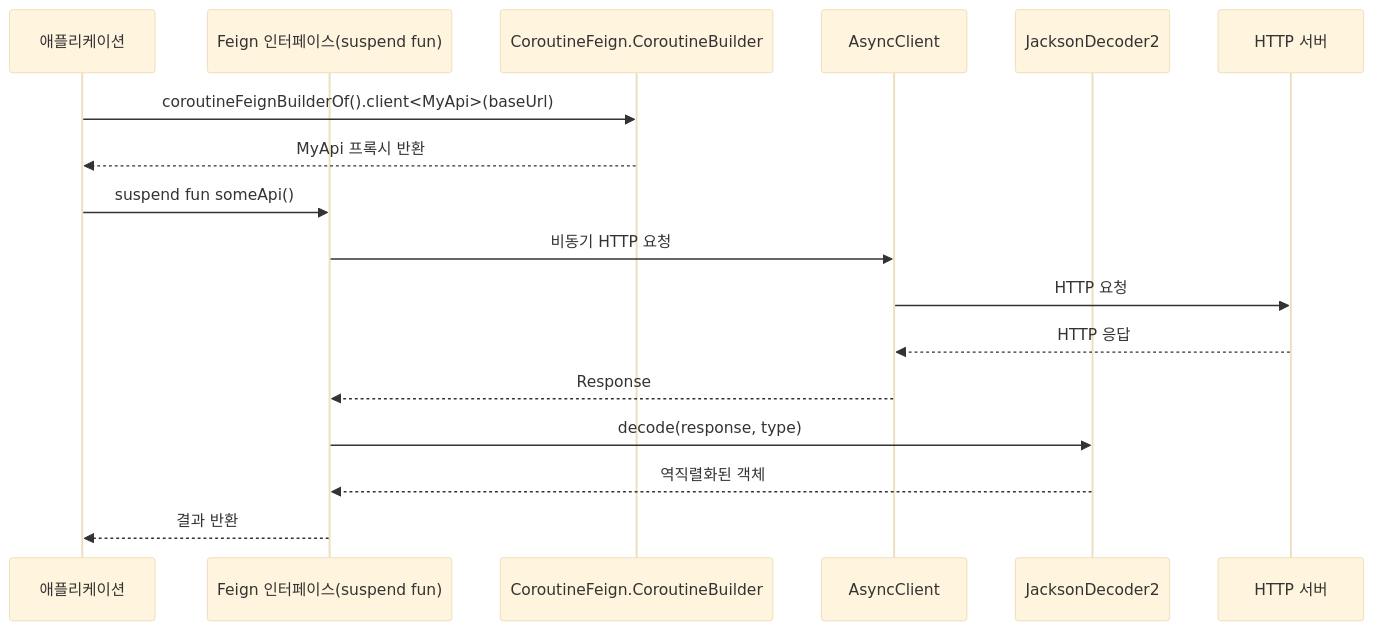
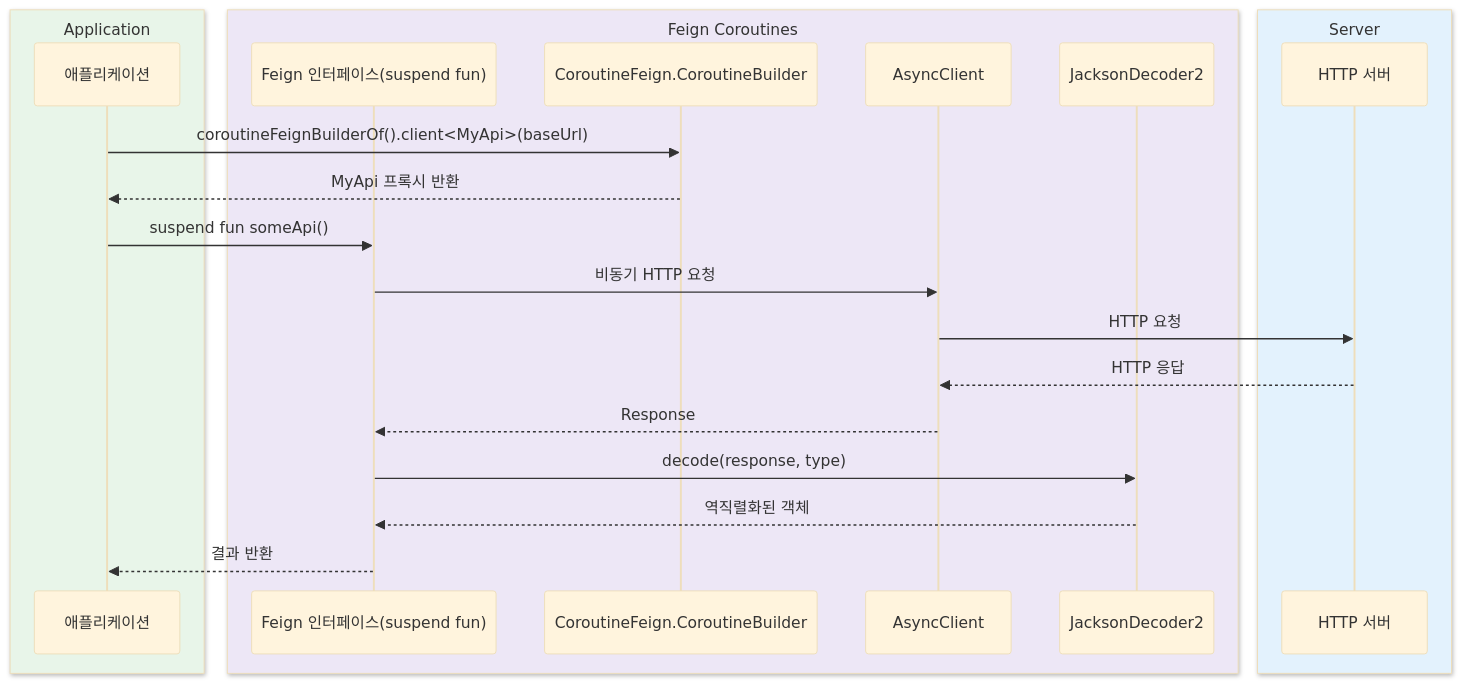
One commit to bluetape4k/bluetape4k-projects changed the fourth of 4 diagrams in io/feign/README.ko.md. Above: the diagram before and after it, drawn with Mermaid (base theme). The commit also changed other lines of this file and 221 other files, not shown here.

First line of the commit message:
docs: 전체 모듈 README UML 다이어그램 보강 및 색상 업그레이드

````diff
--- a/io/feign/README.ko.md
+++ b/io/feign/README.ko.md
@@ -143,21 +171,27 @@
 ```mermaid
 sequenceDiagram
-    participant App as 애플리케이션
-    participant API as Feign 인터페이스(suspend fun)
-    participant CB as CoroutineFeign.CoroutineBuilder
-    participant AC as AsyncClient
-    participant Codec as JacksonDecoder2
-    participant Server as HTTP 서버
+    box rgb(232, 245, 233) Application
+        participant App as 애플리케이션
+    end
+    box rgb(237, 231, 246) Feign Coroutines
+        participant API as Feign 인터페이스(suspend fun)
+        participant CB as CoroutineFeign.CoroutineBuilder
+        participant AC as AsyncClient
+        participant Codec as JacksonDecoder2
+    end
+    box rgb(227, 242, 253) Server
+        participant Server as HTTP 서버
+    end
 
     App->>CB: coroutineFeignBuilderOf().client<MyApi>(baseUrl)
     CB-->>App: MyApi 프록시 반환
 
     App->>API: suspend fun someApi()
     API->>AC: 비동기 HTTP 요청
     AC->>Server: HTTP 요청
     Server-->>AC: HTTP 응답
     AC-->>API: Response
     API->>Codec: decode(response, type)
     Codec-->>API: 역직렬화된 객체
     API-->>App: 결과 반환
 ```
````
